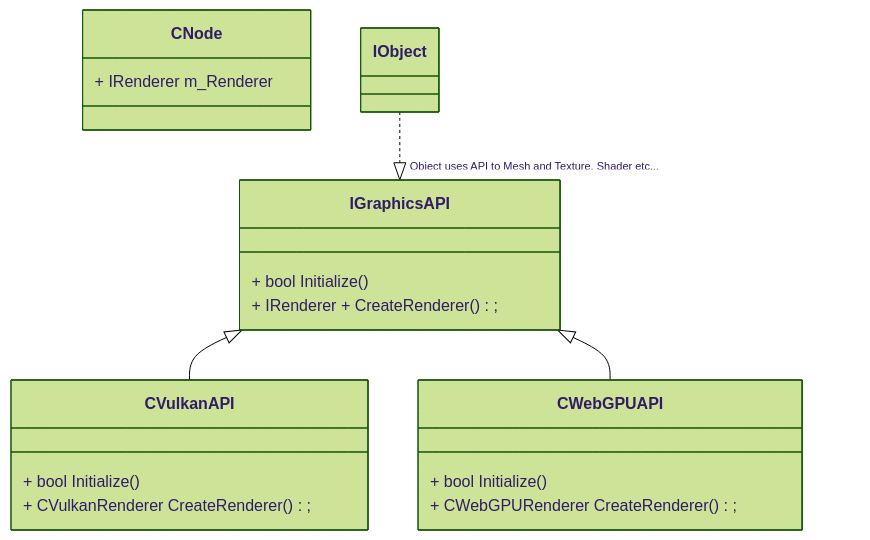
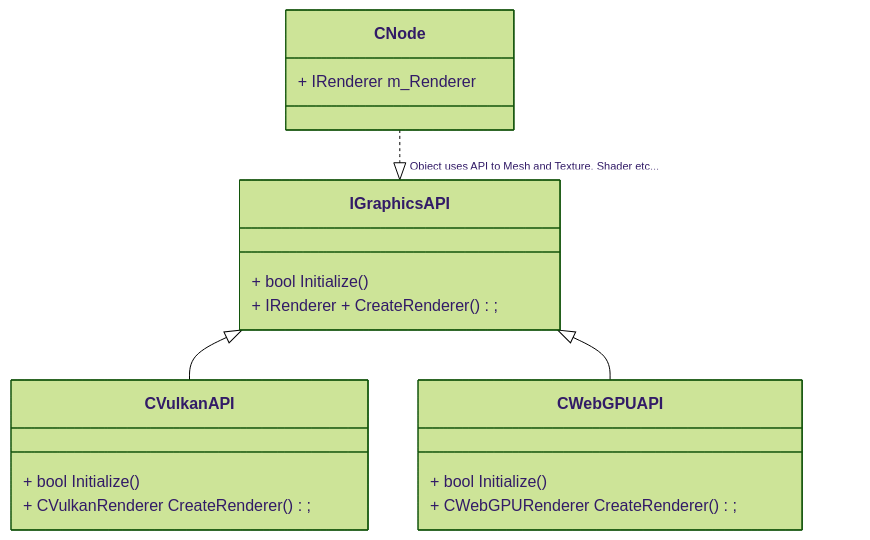
The diagram in Garnet/UML/GraphicsStructure.md (HaruoOgawa/Garnet), drawn with Mermaid (forest theme) before and after one commit.

````diff
--- a/Garnet/UML/GraphicsStructure.md
+++ b/Garnet/UML/GraphicsStructure.md
@@ -1,28 +1,28 @@
 ```mermaid
 classDiagram
   class CNode{
     + IRenderer m_Renderer
   }
 
   class IGraphicsAPI{
     + bool Initialize()
     + IRenderer + CreateRenderer();
   }
   
-  IObject ..|> "Object uses API to Mesh and Texture, Shader etc..." IGraphicsAPI
+  CNode ..|> "Object uses API to Mesh and Texture, Shader etc..." IGraphicsAPI
 
   class CVulkanAPI{
     + bool Initialize()
     + CVulkanRenderer CreateRenderer();
   }
   
   IGraphicsAPI <|-- CVulkanAPI
   
   class CWebGPUAPI{
     + bool Initialize()
     + CWebGPURenderer CreateRenderer();
   }
   
   IGraphicsAPI <|-- CWebGPUAPI
 
 ```
````
